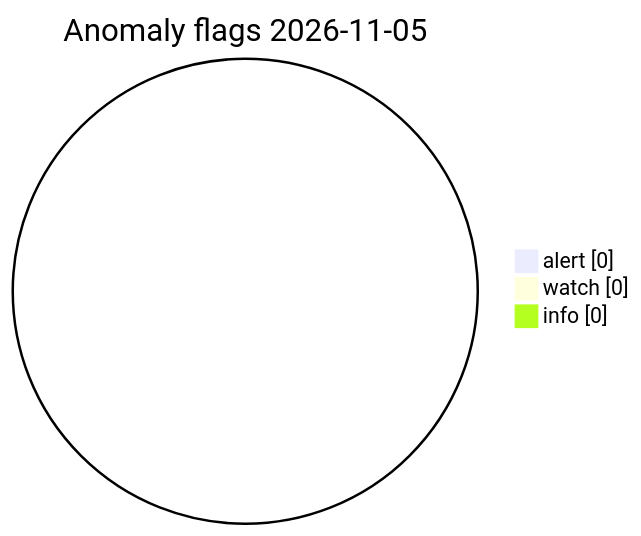
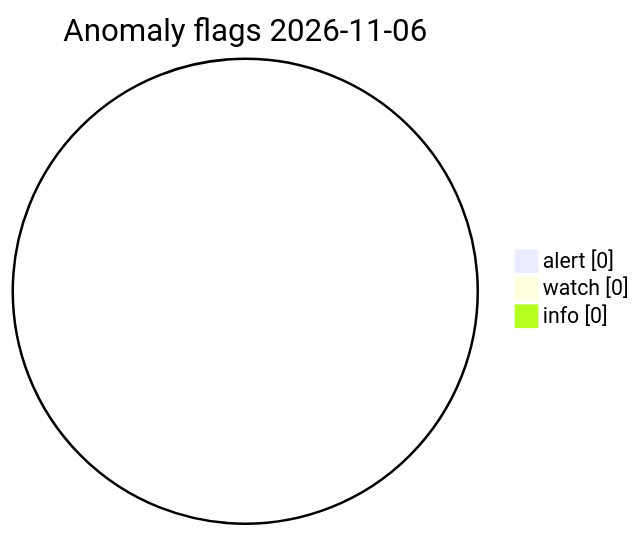
Before and after one commit to Midwest-Stratospheric/Unified-Open-Global-Weather: the diagram in visuals/latest/CHARTS.md, drawn with Mermaid. The commit also changed other lines of this file and 23 other files, not shown here.

Commit message:
data(visuals): automated charts 2026-11-06T12:38Z

````diff
--- a/visuals/latest/CHARTS.md
+++ b/visuals/latest/CHARTS.md
@@ -73,7 +73,7 @@
 ```mermaid
 pie showData
-  title Anomaly flags 2026-11-05
+  title Anomaly flags 2026-11-06
   "alert" : 0
   "watch" : 0
   "info" : 0
 ```
````
